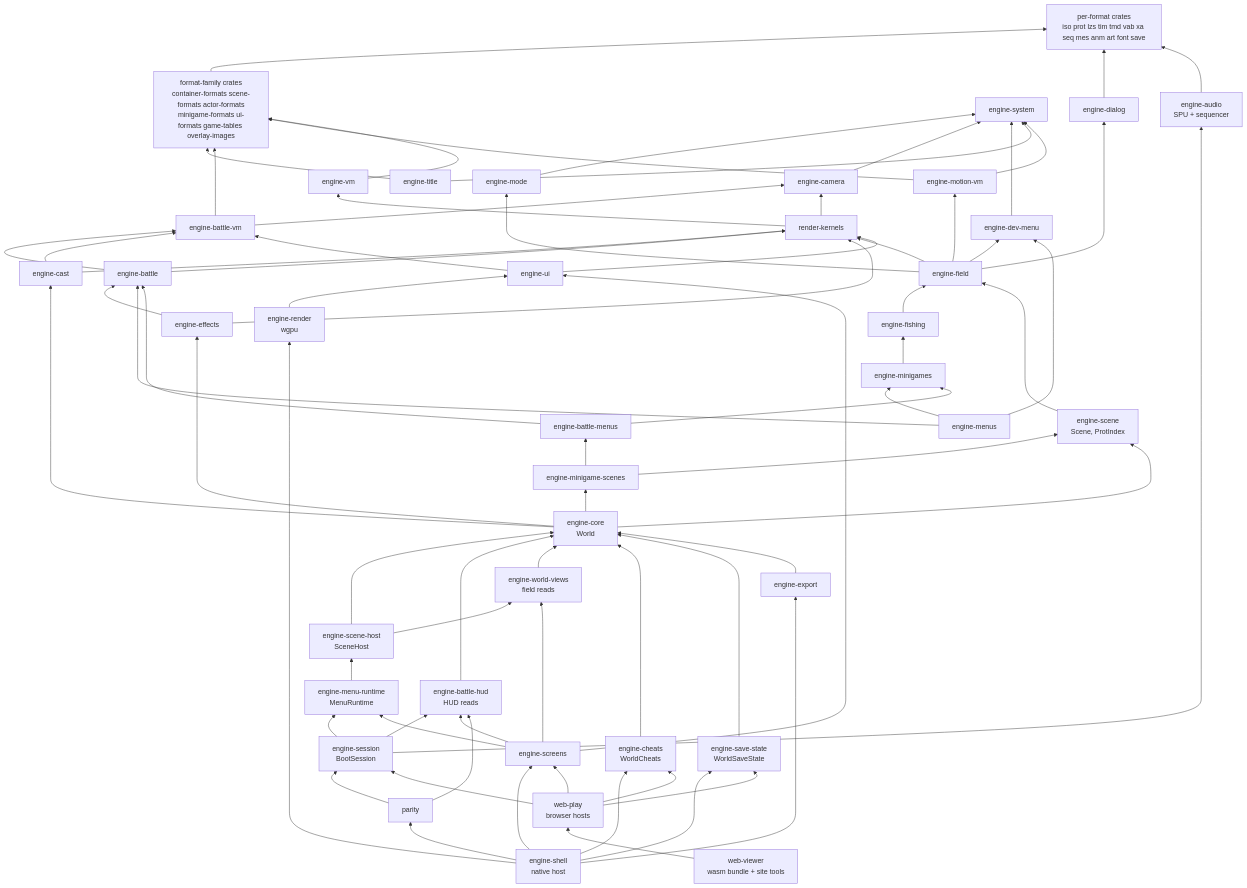
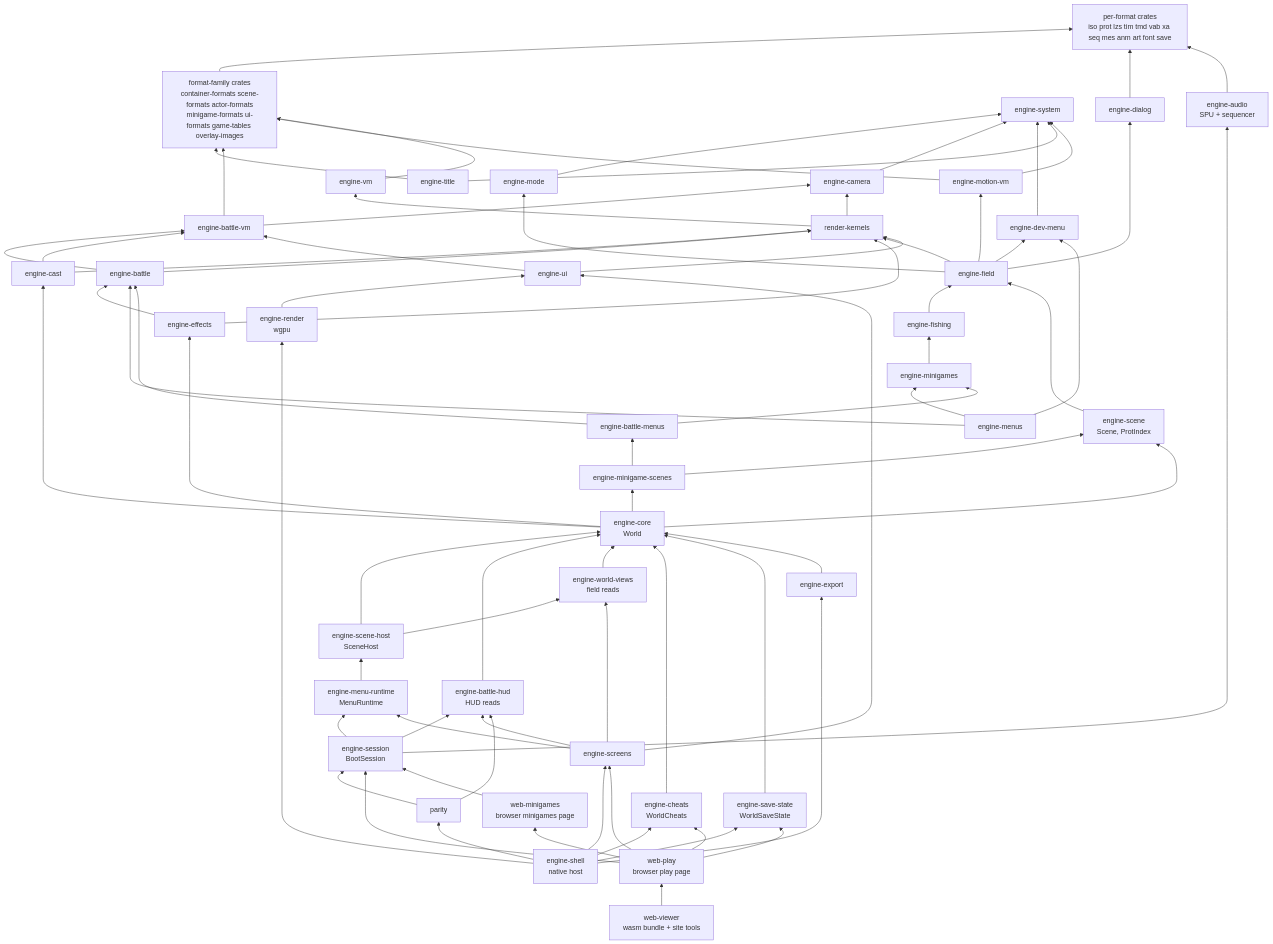
One commit to AndrewAltimit/legend-of-legaia-re changed the first of 4 diagrams in docs/subsystems/engine.md. Above: the diagram before and after it, drawn with Mermaid. The commit also changed other lines of this file and 596 other files, not shown here.

````diff
--- a/docs/subsystems/engine.md
+++ b/docs/subsystems/engine.md
@@ -79,7 +79,8 @@
     EXP["engine-export"]
     PAR["parity"]
     SHELL["engine-shell<br/>native host"]
-    WEBP["web-play<br/>browser hosts"]
+    WEBP["web-play<br/>browser play page"]
+    WEBM["web-minigames<br/>browser minigames page"]
     WEB["web-viewer<br/>wasm bundle + site tools"]
 
     FAM --> FMT
@@ -153,4 +154,6 @@
     WEBP --> ECHT
     WEBP --> ESAV
     WEB --> WEBP
+    WEBP --> WEBM
+    WEBM --> SESS
 ```
````
